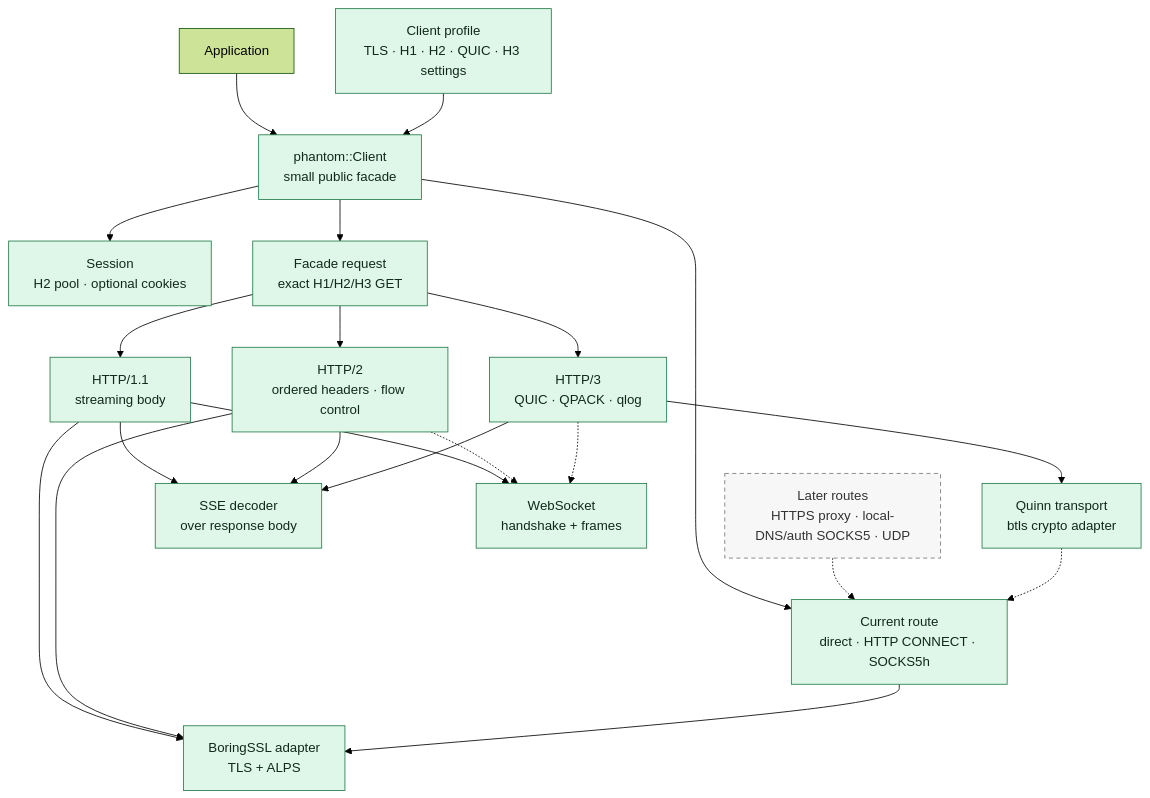
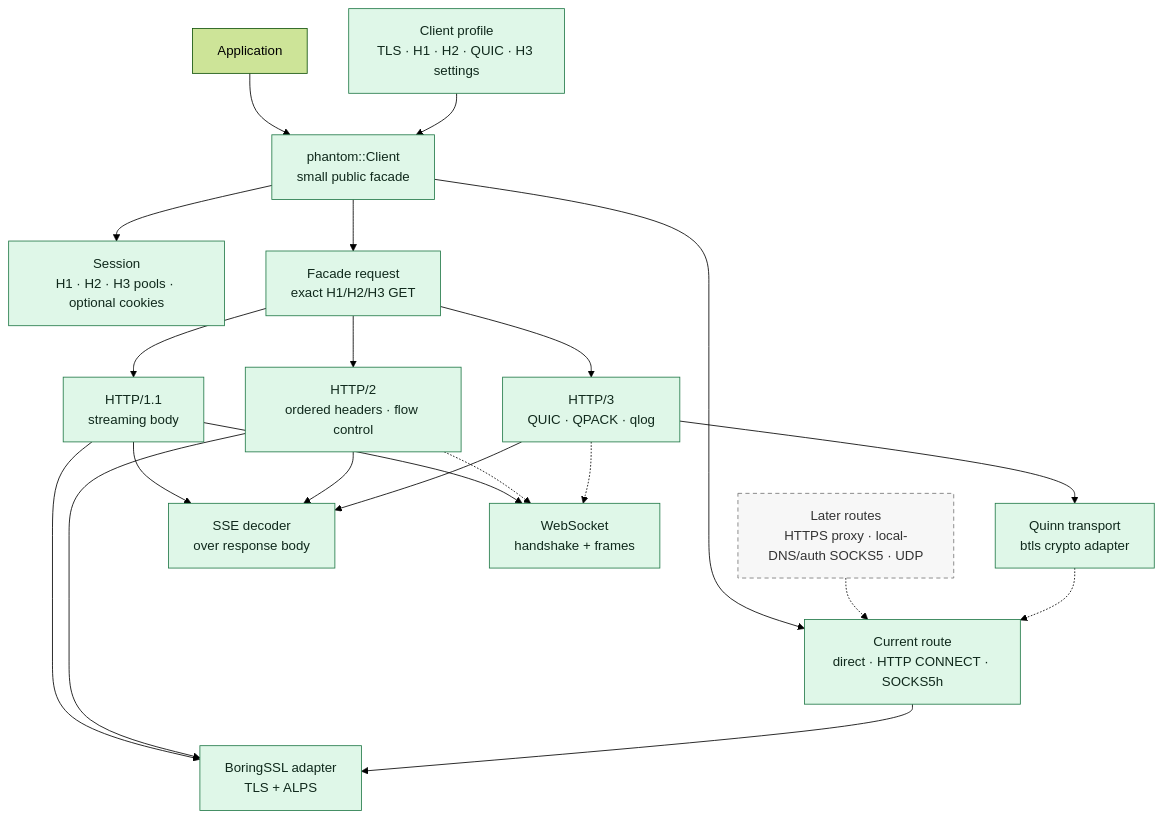
Before and after one commit to bywayhq/phantom: the first of 4 diagrams in docs/architecture.md, drawn with Mermaid (forest theme). The commit also changed other lines of this file and 25 other files, not shown here.

````diff
--- a/docs/architecture.md
+++ b/docs/architecture.md
@@ -23,44 +23,44 @@
 ```mermaid
 flowchart TB
     User[Application]
     Client["phantom::Client<br/>small public facade"]
-    Session["Session<br/>H2 pool · optional cookies"]
+    Session["Session<br/>H1 · H2 · H3 pools · optional cookies"]
     Profile["Client profile<br/>TLS · H1 · H2 · QUIC · H3 settings"]
     Route["Current route<br/>direct · HTTP CONNECT · SOCKS5h"]
     FutureRoute["Later routes<br/>HTTPS proxy · local-DNS/auth SOCKS5 · UDP"]
     FacadeRequest["Facade request<br/>exact H1/H2/H3 GET"]
 
     H1["HTTP/1.1<br/>streaming body"]
     H2["HTTP/2<br/>ordered headers · flow control"]
     H3["HTTP/3<br/>QUIC · QPACK · qlog"]
     TLS["BoringSSL adapter<br/>TLS + ALPS"]
     QUIC["Quinn transport<br/>btls crypto adapter"]
     SSE["SSE decoder<br/>over response body"]
     WS["WebSocket<br/>handshake + frames"]
 
     User --> Client
     Profile --> Client
     FacadeRequest --> H1
     FacadeRequest --> H2
     FacadeRequest --> H3
     Client --> Session
     Client --> Route
     FutureRoute -.-> Route
     Client --> FacadeRequest
     H1 --> TLS
     H2 --> TLS
     H3 --> QUIC
     Route --> TLS
     QUIC -.-> Route
     H1 --> SSE
     H2 --> SSE
     H3 --> SSE
     H1 --> WS
     H2 -.-> WS
     H3 -.-> WS
 
     classDef current fill:#dff7e8,stroke:#237a49,color:#10291c
     classDef planned fill:#f7f7f7,stroke:#777,stroke-dasharray:5 4,color:#333
     class Client,Session,Profile,Route,FacadeRequest,H1,H2,H3,TLS,QUIC,SSE,WS current
     class FutureRoute planned
 ```
````
